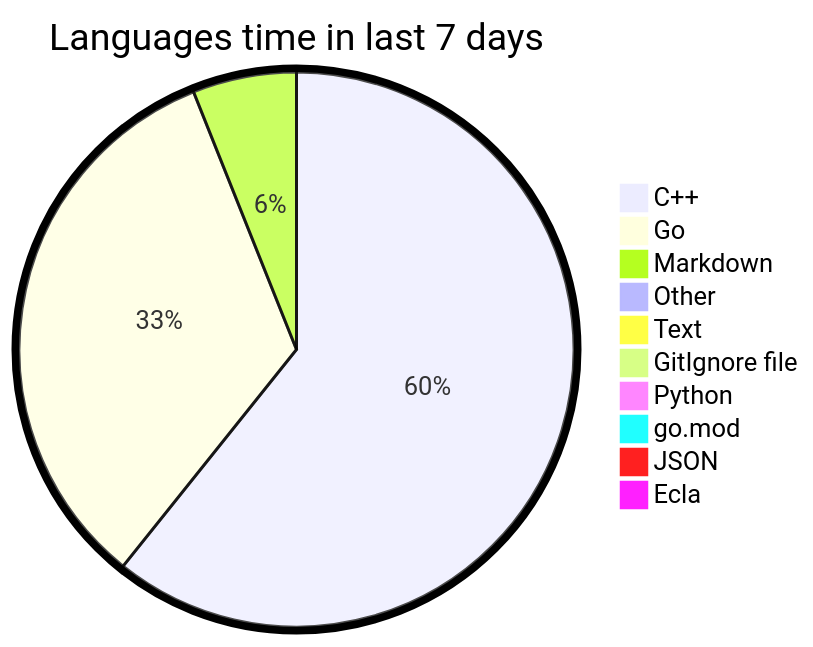
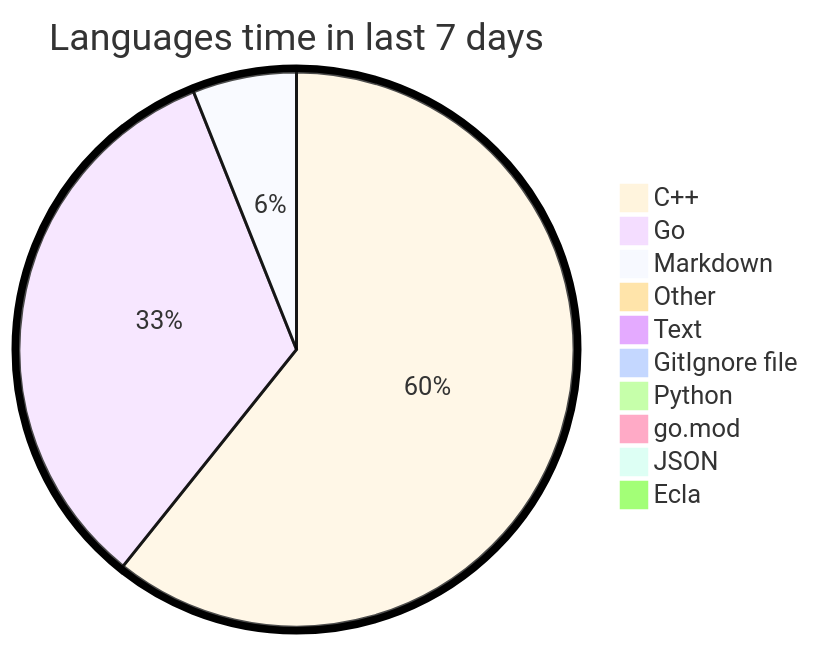
Before and after one commit to tot0p/tot0p: the diagram in README.md, drawn with Mermaid.

Commit message:
wakatime update

````diff
--- a/README.md
+++ b/README.md
@@ -76,14 +76,14 @@
 ```mermaid
-%%{init: {"pie": {"textPosition": 0.5}, "themeVariables": {"pieOuterStrokeWidth": "5px"}} }%%
+%%{init: {"pie": {"textPosition": 0.5}, "themeVariables": {"pieOuterStrokeWidth": "5px"},"theme":"base"} }%%
 pie title Languages time in last 7 days
 	"C++": 60.04
 	"Go": 32.82
 	"Markdown": 5.98
 	"Other": 0.51
 	"Text": 0.42
 	"GitIgnore file": 0.13
 	"Python": 0.07
 	"go.mod": 0.02
 	"JSON": 0.01
 	"Ecla": 0.0
 ```
````
